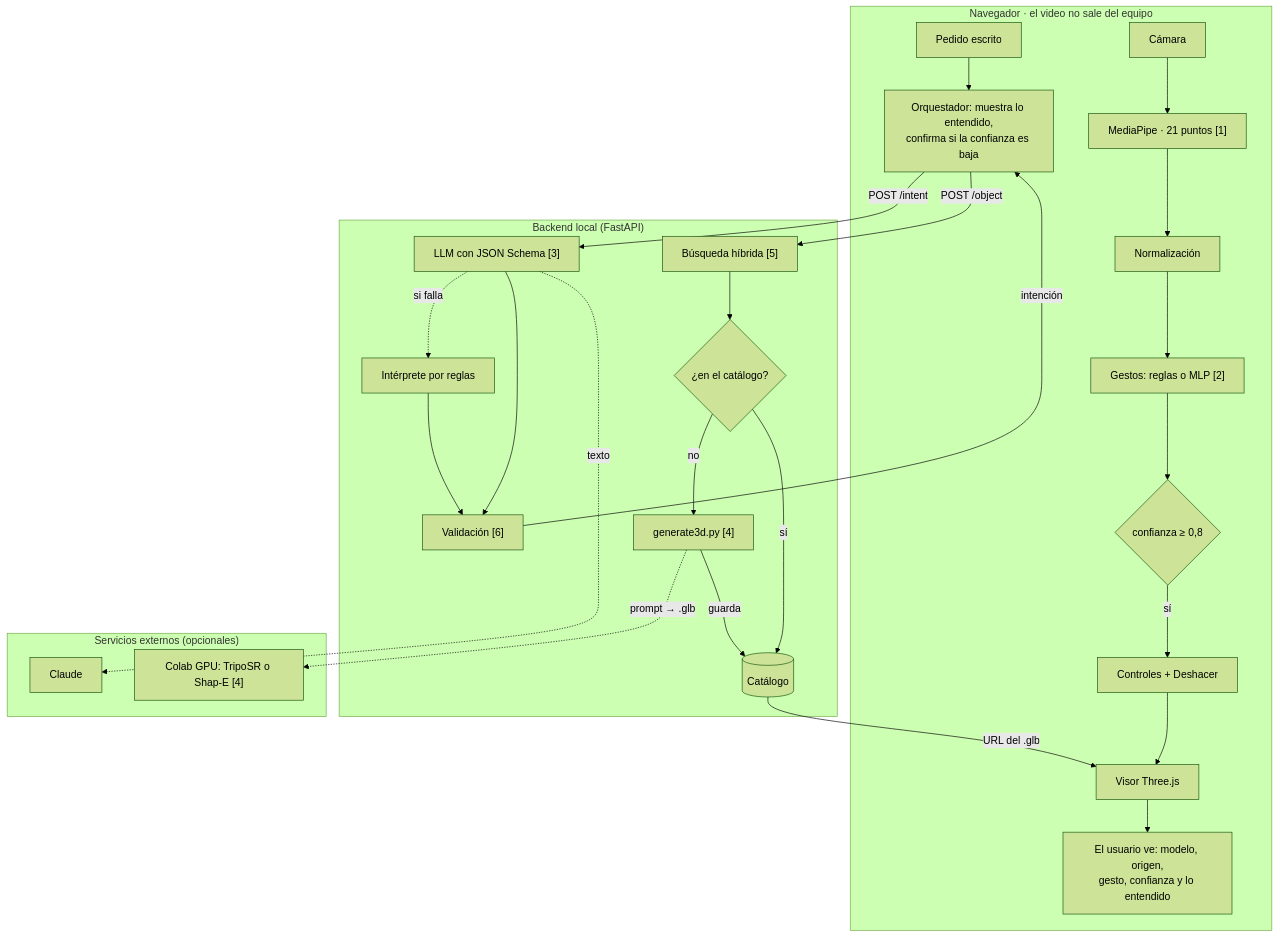
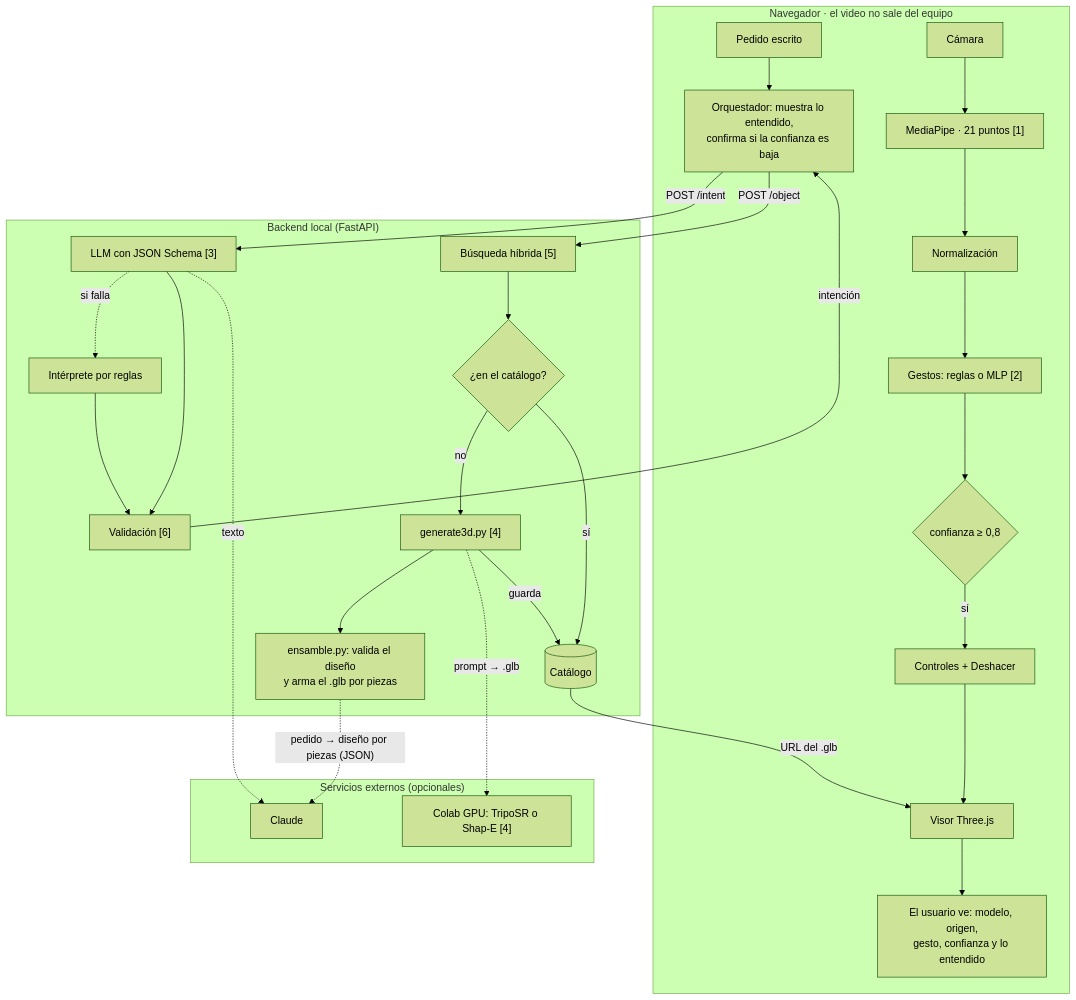
One commit to IamRoman-rb/tpo-ia-holograma changed the diagram in docs/arquitectura.md. Above: the diagram before and after it, drawn with Mermaid (forest theme). The commit also changed other lines of this file and 4 other files, not shown here.

Commit message:
Documentar el desarmado por piezas y la generación por ensamble

````diff
--- a/docs/arquitectura.md
+++ b/docs/arquitectura.md
@@ -9,27 +9,29 @@
 ```mermaid
 flowchart TB
     subgraph NAV["Navegador · el video no sale del equipo"]
         CAM[Cámara] --> MP["MediaPipe · 21 puntos [1]"] --> NORM[Normalización] --> CLS["Gestos: reglas o MLP [2]"]
         CLS --> DEC{"confianza ≥ 0,8"} -->|sí| CTRL["Controles + Deshacer"] --> VISOR[Visor Three.js]
         TXT[Pedido escrito] --> ORQ["Orquestador: muestra lo entendido,<br/>confirma si la confianza es baja"]
         VISOR --> USU["El usuario ve: modelo, origen,<br/>gesto, confianza y lo entendido"]
     end
     subgraph BACK["Backend local (FastAPI)"]
         LLM["LLM con JSON Schema [3]"] --> SAFE["Validación [6]"]
         REG[Intérprete por reglas] --> SAFE
         BUSQ["Búsqueda híbrida [5]"] --> DEC2{¿en el catálogo?}
         DEC2 -->|sí| CAT[(Catálogo)]
         DEC2 -->|no| GEN["generate3d.py [4]"] -->|guarda| CAT
+        GEN --> ENS["ensamble.py: valida el diseño<br/>y arma el .glb por piezas"]
     end
     subgraph EXT["Servicios externos (opcionales)"]
         CLAUDE[Claude]
         COLAB["Colab GPU: TripoSR o Shap-E [4]"]
     end
+    ENS -.->|"pedido → diseño por piezas (JSON)"| CLAUDE
     ORQ -->|POST /intent| LLM
     LLM -.->|si falla| REG
     LLM -.->|texto| CLAUDE
     SAFE -->|intención| ORQ
     ORQ -->|POST /object| BUSQ
     GEN -.->|"prompt → .glb"| COLAB
     CAT -->|"URL del .glb"| VISOR
 ```
````
